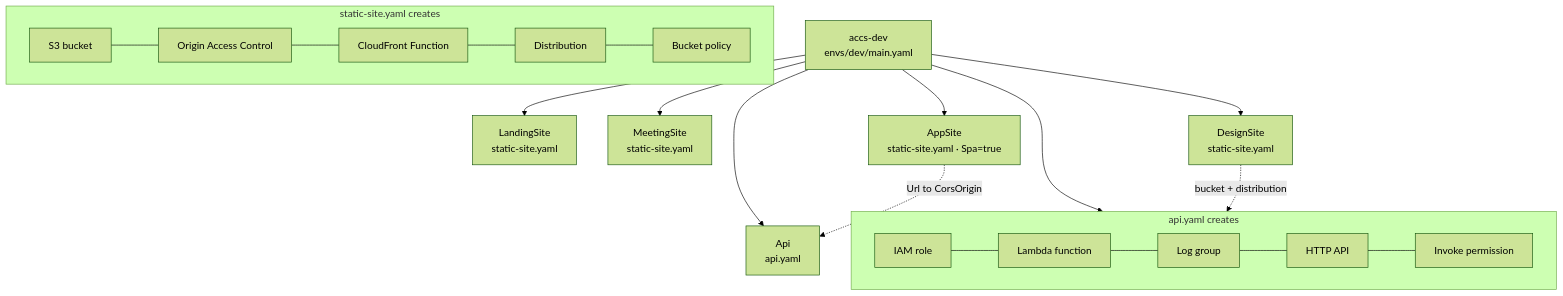
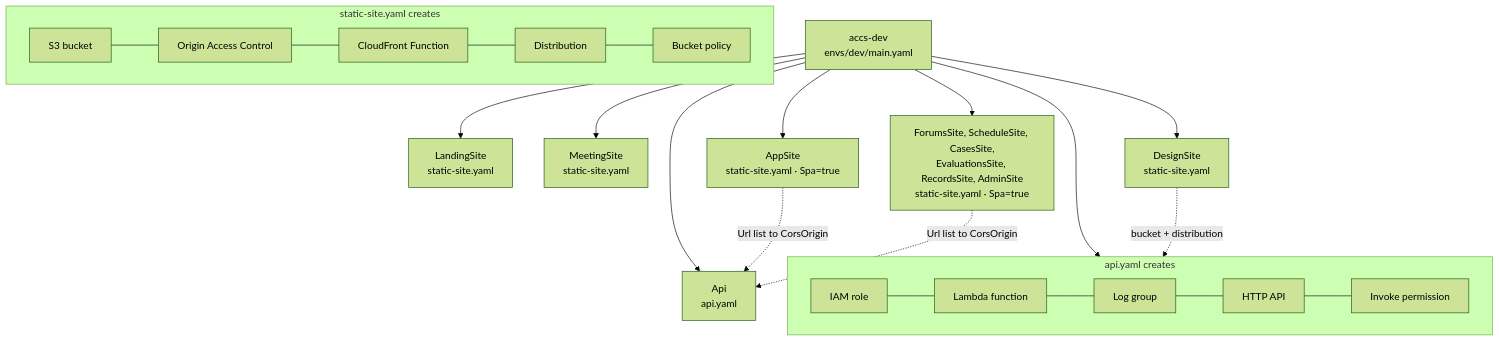
Before and after one commit to MeetingAt10/accs-architecture: the second of 4 diagrams in README.md, drawn with Mermaid (forest theme). The commit also changed other lines of this file and 4 other files, not shown here.

````diff
--- a/README.md
+++ b/README.md
@@ -58,21 +60,22 @@
 ```mermaid
 flowchart TB
   root["accs-dev<br/>envs/dev/main.yaml"]
   root --> landing["LandingSite<br/>static-site.yaml"]
   root --> meeting["MeetingSite<br/>static-site.yaml"]
   root --> app["AppSite<br/>static-site.yaml · Spa=true"]
+  root --> modules["ForumsSite, ScheduleSite, CasesSite,<br/>EvaluationsSite, RecordsSite, AdminSite<br/>static-site.yaml · Spa=true"]
   root --> design["DesignSite<br/>static-site.yaml"]
   root --> role["DesignDeployRole<br/>github-deploy-role.yaml"]
   design -. bucket + distribution .-> role
   root --> api["Api<br/>api.yaml"]
-  app -. Url to CorsOrigin .-> api
+  app & modules -. Url list to CorsOrigin .-> api
 
   subgraph site["static-site.yaml creates"]
     direction LR
     b[S3 bucket] --- oac[Origin Access Control] --- cff[CloudFront Function] --- dist[Distribution] --- pol[Bucket policy]
   end
   subgraph apit["api.yaml creates"]
     direction LR
     role[IAM role] --- f[Lambda function] --- lg[Log group] --- http[HTTP API] --- perm[Invoke permission]
   end
 ```
````
